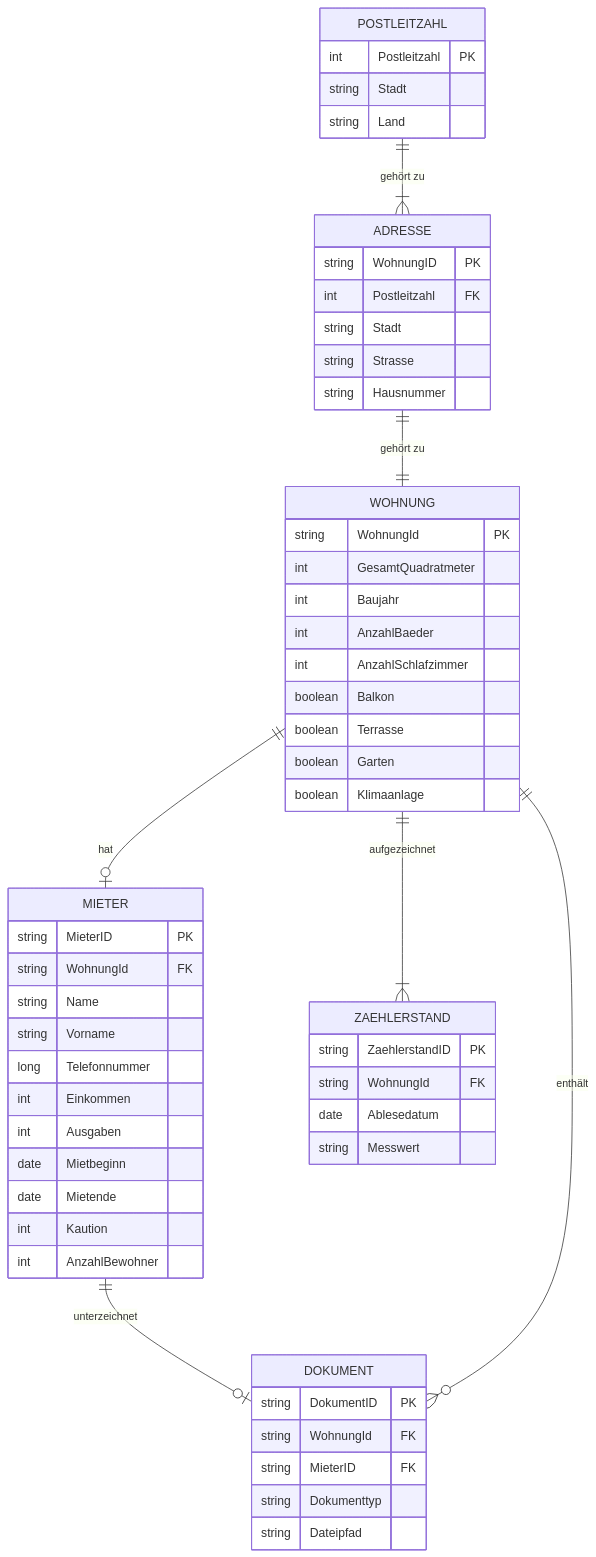
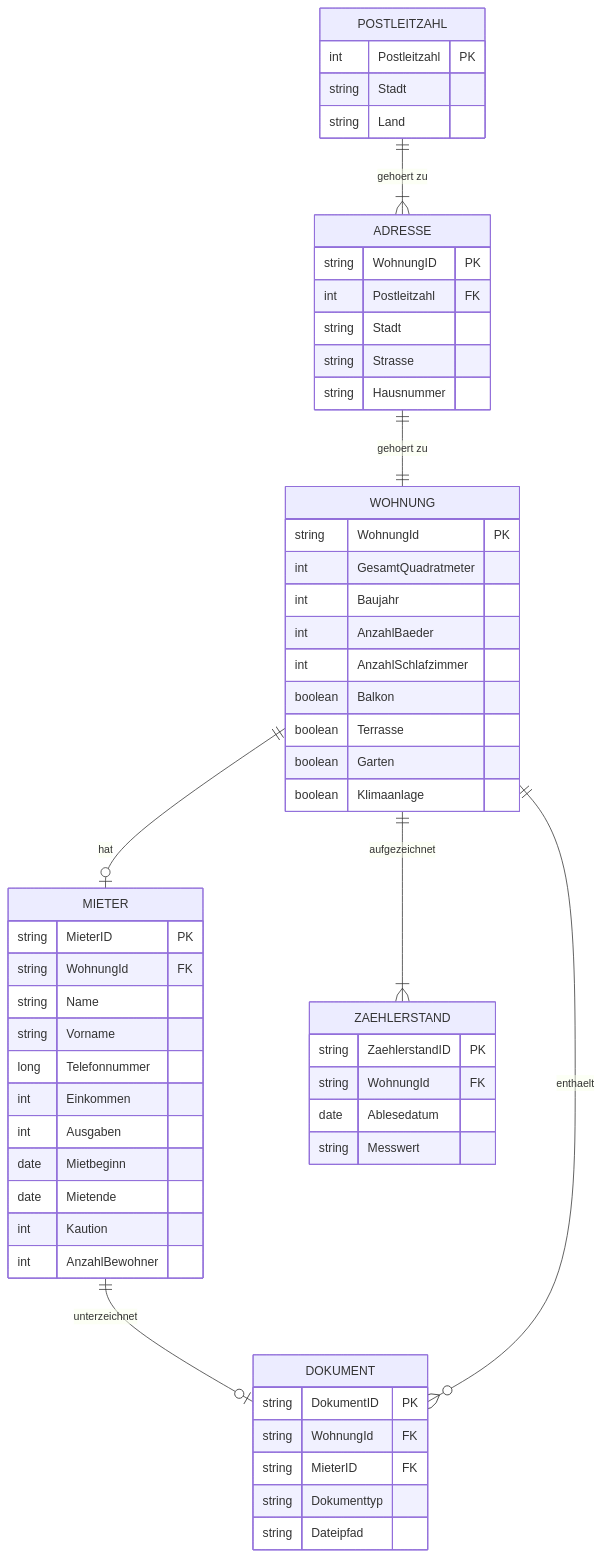
The diagram in README.md (dav354/immobilienverwaltung), drawn with Mermaid before and after one commit. The commit also changed other lines of this file, not shown here.

````diff
--- a/README.md
+++ b/README.md
@@ -225,58 +147,58 @@
 ```mermaid
 erDiagram
-    ADRESSE ||--|| WOHNUNG : "gehört zu"
+    ADRESSE ||--|| WOHNUNG : "gehoert zu"
     ADRESSE {
         string WohnungID PK
         int Postleitzahl FK
         string Stadt
         string Strasse
         string Hausnummer
     }
-    POSTLEITZAHL ||--|{ ADRESSE : "gehört zu"
+    POSTLEITZAHL ||--|{ ADRESSE : "gehoert zu"
     POSTLEITZAHL {
         int Postleitzahl PK
         string Stadt
         string Land
     }
     WOHNUNG ||--o| MIETER : "hat"
     WOHNUNG {
         string WohnungId PK
         int GesamtQuadratmeter
         int Baujahr
         int AnzahlBaeder
         int AnzahlSchlafzimmer
         boolean Balkon
         boolean Terrasse
         boolean Garten
         boolean Klimaanlage
     }
     MIETER ||--o| DOKUMENT : "unterzeichnet"
     MIETER {
         string MieterID PK
         string WohnungId FK
         string Name
         string Vorname
         long Telefonnummer
         int Einkommen
         int Ausgaben
         date Mietbeginn
         date Mietende
         int Kaution
         int AnzahlBewohner
     }
-    WOHNUNG ||--o{ DOKUMENT : "enthält"
+    WOHNUNG ||--o{ DOKUMENT : "enthaelt"
     DOKUMENT {
         string DokumentID PK
         string WohnungId FK
         string MieterID FK
         string Dokumenttyp
         string Dateipfad
     }
     WOHNUNG ||--|{ ZAEHLERSTAND : "aufgezeichnet"
     ZAEHLERSTAND {
         string ZaehlerstandID PK
         string WohnungId FK
         date Ablesedatum
         string Messwert
     }
 ```
````
